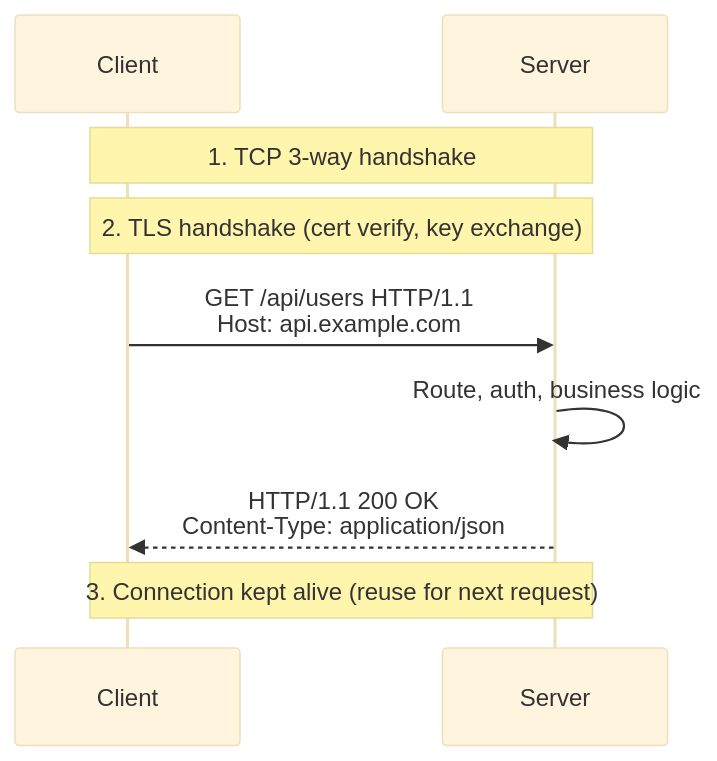
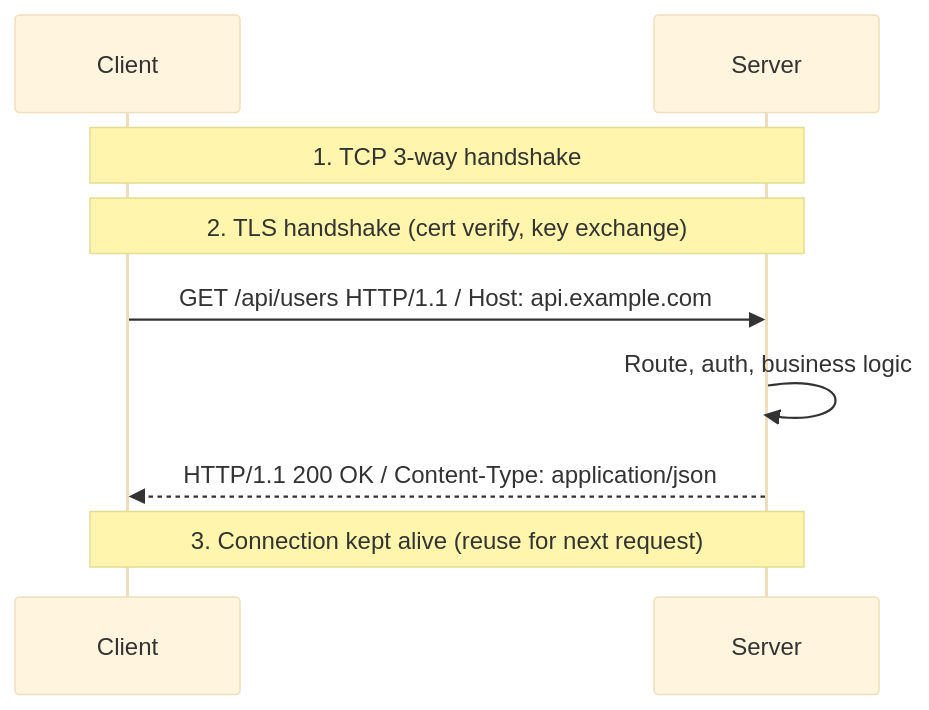
One commit to hareramcse/SystemDesign changed diagram 11 of 24 in 01-networking/README.md. Above: the diagram before and after it, drawn with Mermaid (base theme). The commit also changed other lines of this file and 14 other files, not shown here.

````diff
--- a/01-networking/README.md
+++ b/01-networking/README.md
@@ -920,12 +920,12 @@
 ```mermaid
 sequenceDiagram
     participant Client
     participant Server
 
     Note over Client,Server: 1. TCP 3-way handshake
     Note over Client,Server: 2. TLS handshake (cert verify, key exchange)
-    Client->>Server: GET /api/users HTTP/1.1<br/>Host: api.example.com
+    Client->>Server: GET /api/users HTTP/1.1 / Host: api.example.com
     Server->>Server: Route, auth, business logic
-    Server-->>Client: HTTP/1.1 200 OK<br/>Content-Type: application/json
+    Server-->>Client: HTTP/1.1 200 OK / Content-Type: application/json
     Note over Client,Server: 3. Connection kept alive (reuse for next request)
 ```
````
